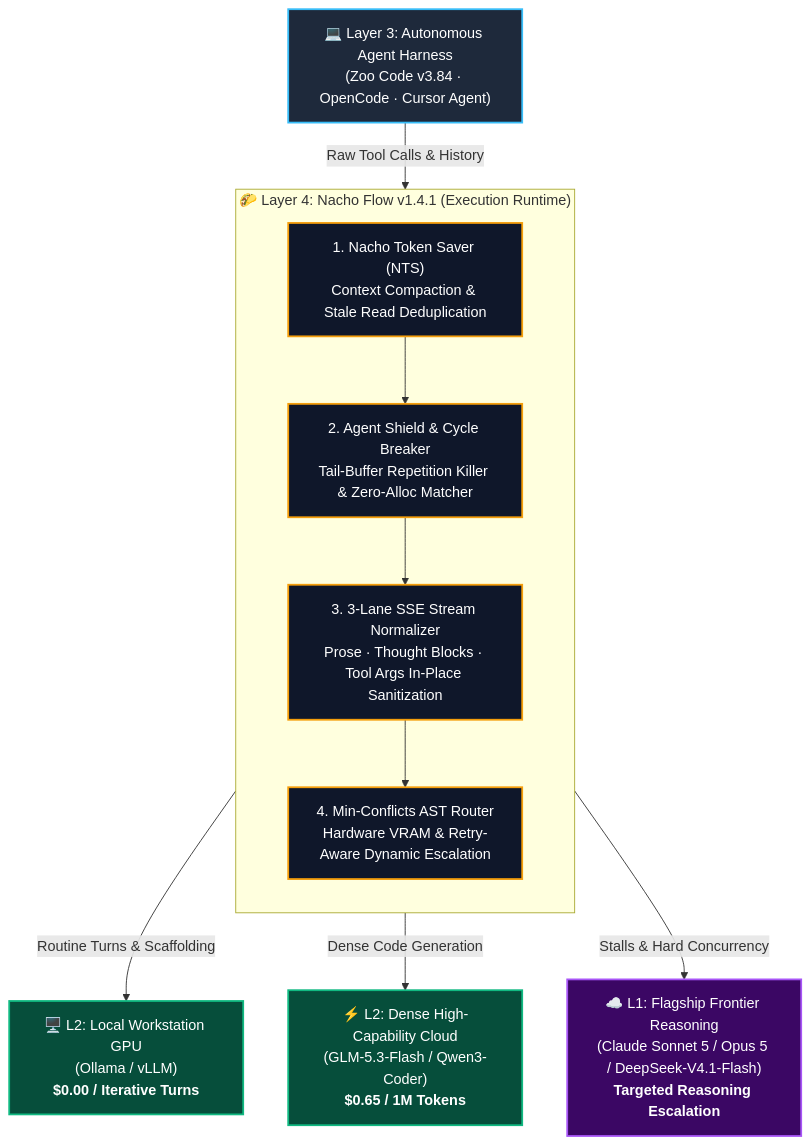
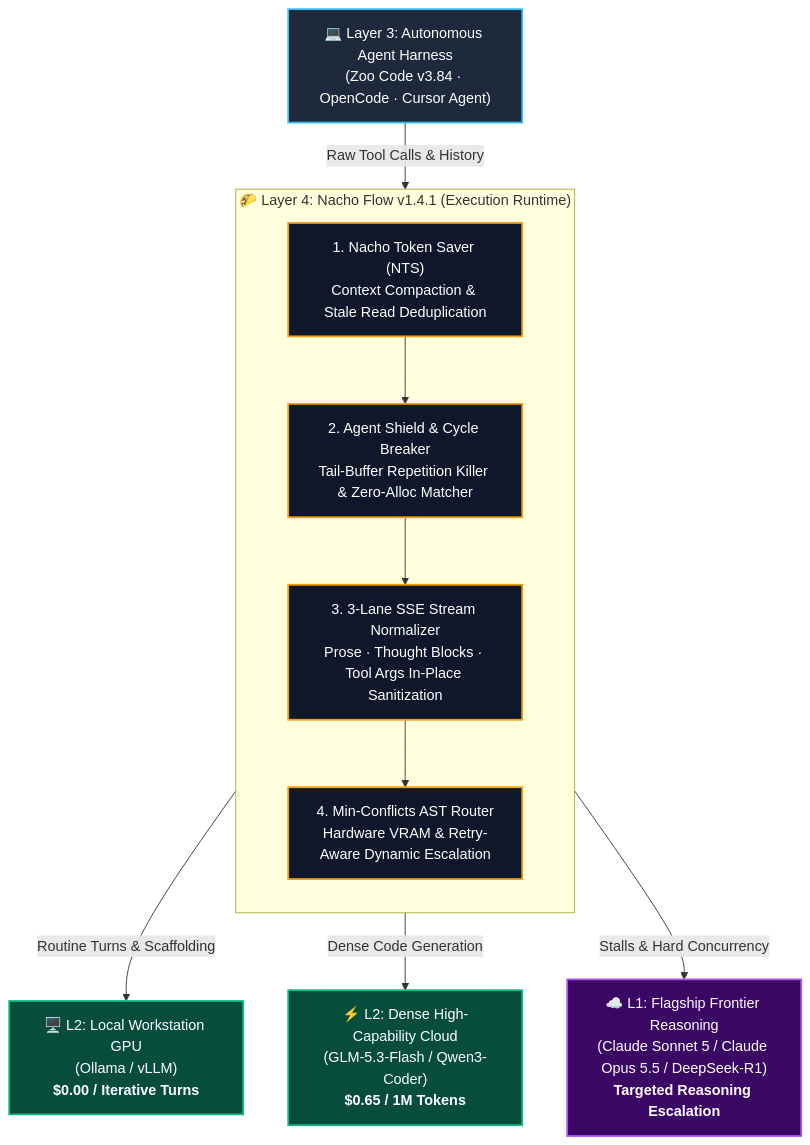
Before and after one commit to dixieflatline76/nacho-flow: the first of 2 diagrams in docs/THE_AUTONOMOUS_AGENT_RUNTIME_WHITEPAPER.md, drawn with Mermaid. The commit also changed other lines of this file and 148 other files, not shown here.

````diff
--- a/docs/THE_AUTONOMOUS_AGENT_RUNTIME_WHITEPAPER.md
+++ b/docs/THE_AUTONOMOUS_AGENT_RUNTIME_WHITEPAPER.md
@@ -24,28 +24,28 @@
 ```mermaid
 flowchart TD
     classDef client fill:#1e293b,stroke:#38bdf8,stroke-width:2px,color:#fff;
     classDef runtime fill:#0f172a,stroke:#f59e0b,stroke-width:2px,color:#fff;
     classDef backend fill:#064e3b,stroke:#10b981,stroke-width:2px,color:#fff;
     classDef frontier fill:#3b0764,stroke:#a855f7,stroke-width:2px,color:#fff;
 
     Client["💻 Layer 3: Autonomous Agent Harness<br/>(Zoo Code v3.84 · OpenCode · Cursor Agent)"]:::client
     
     subgraph NachoRuntime ["🌮 Layer 4: Nacho Flow v1.4.1 (Execution Runtime)"]
         direction TB
         NTS["1. Nacho Token Saver (NTS)<br/>Context Compaction & Stale Read Deduplication"]:::runtime
         Shield["2. Agent Shield & Cycle Breaker<br/>Tail-Buffer Repetition Killer & Zero-Alloc Matcher"]:::runtime
         Normalizer["3. 3-Lane SSE Stream Normalizer<br/>Prose · Thought Blocks · Tool Args In-Place Sanitization"]:::runtime
         Tuner["4. Min-Conflicts AST Router<br/>Hardware VRAM & Retry-Aware Dynamic Escalation"]:::runtime
         
         NTS --> Shield --> Normalizer --> Tuner
     end
 
     LocalGPU["🖥️ L2: Local Workstation GPU<br/>(Ollama / vLLM)<br/><b>$0.00 / Iterative Turns</b>"]:::backend
     BudgetCloud["⚡ L2: Dense High-Capability Cloud<br/>(GLM-5.3-Flash / Qwen3-Coder)<br/><b>$0.65 / 1M Tokens</b>"]:::backend
-    FrontierCloud["☁️ L1: Flagship Frontier Reasoning<br/>(Claude Sonnet 5 / Opus 5 / DeepSeek-V4.1-Flash)<br/><b>Targeted Reasoning Escalation</b>"]:::frontier
+    FrontierCloud["☁️ L1: Flagship Frontier Reasoning<br/>(Claude Sonnet 5 / Claude Opus 5.5 / DeepSeek-R1)<br/><b>Targeted Reasoning Escalation</b>"]:::frontier
 
     Client -->|Raw Tool Calls & History| NachoRuntime
     Tuner -->|Routine Turns & Scaffolding| LocalGPU
     Tuner -->|Dense Code Generation| BudgetCloud
     Tuner -->|Stalls & Hard Concurrency| FrontierCloud
 ```
````
